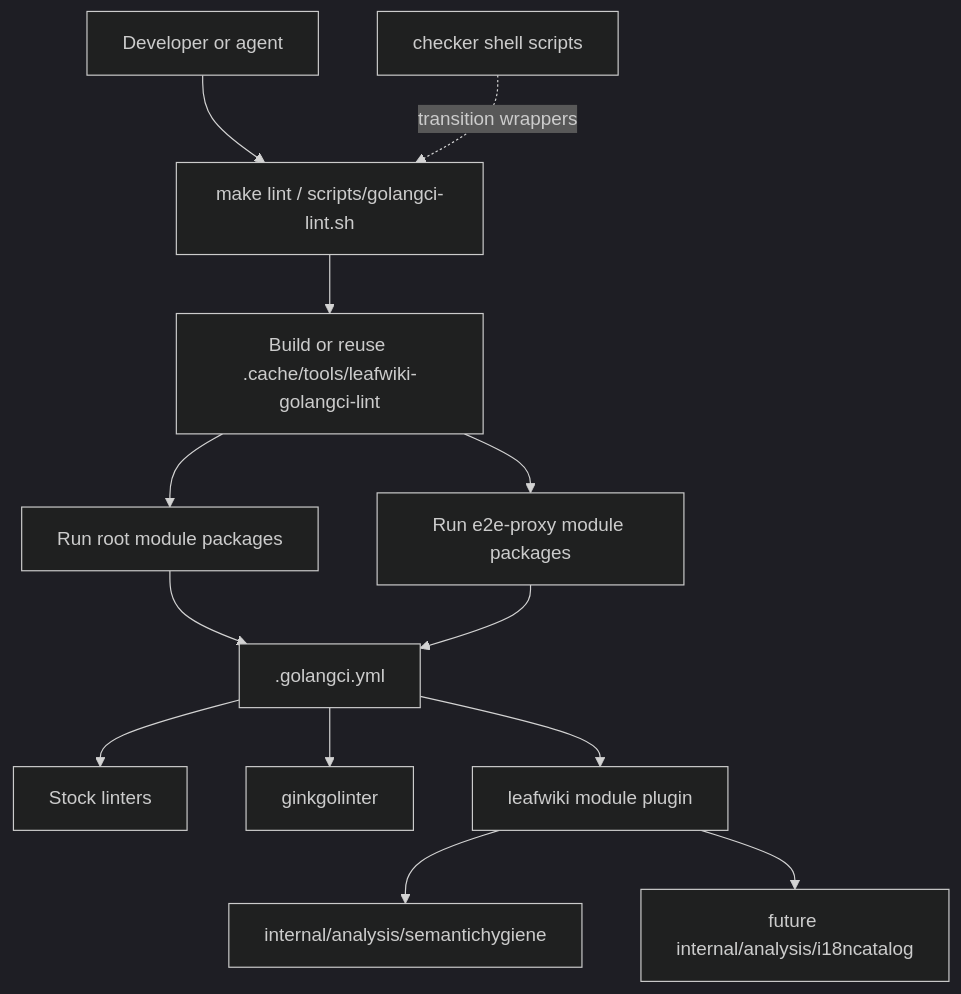
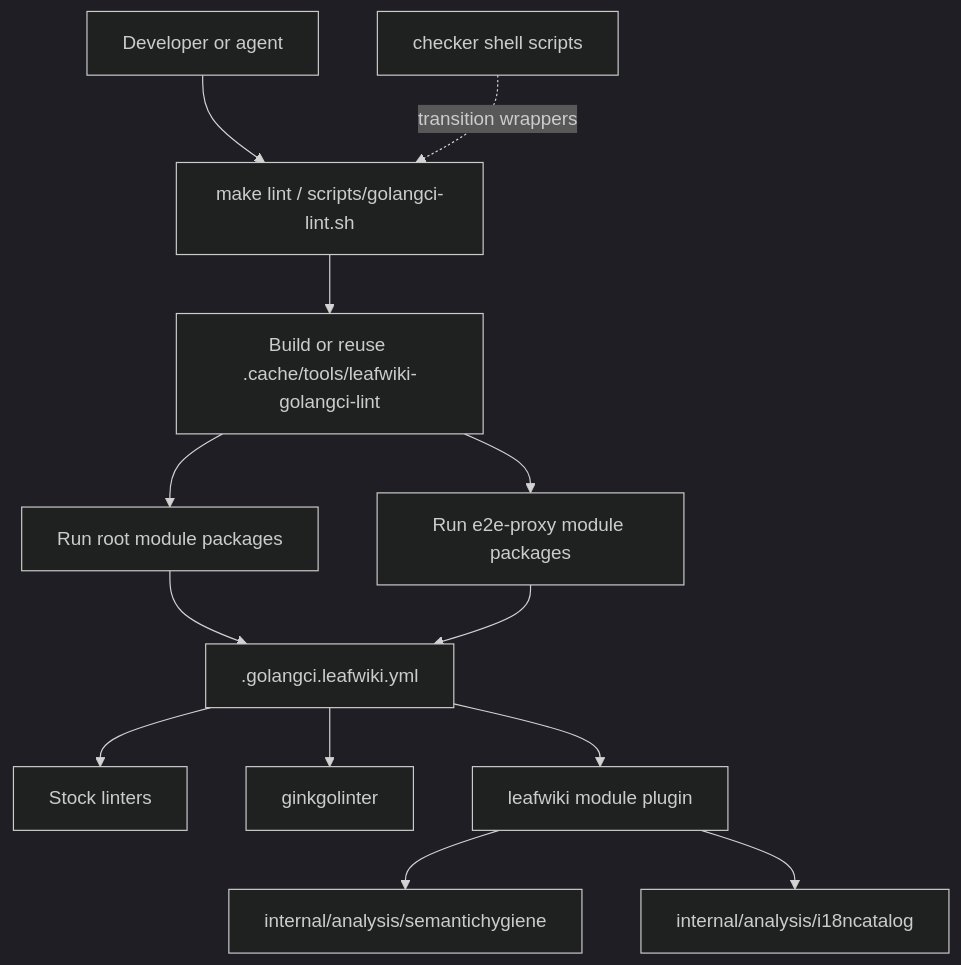
Before and after one commit to jtomanik/leafwiki: the first of 2 diagrams in docs/plans/golangci-lint-local-gate.PLAN.md, drawn with Mermaid (dark theme). The commit also changed other lines of this file and 25 other files, not shown here.

````diff
--- a/docs/plans/golangci-lint-local-gate.PLAN.md
+++ b/docs/plans/golangci-lint-local-gate.PLAN.md
@@ -177,18 +177,18 @@
 ```mermaid
 flowchart TB
   Dev[Developer or agent] --> Entry[make lint / scripts/golangci-lint.sh]
   Entry --> Build[Build or reuse .cache/tools/leafwiki-golangci-lint]
   Build --> RootRun[Run root module packages]
   Build --> ProxyRun[Run e2e-proxy module packages]
 
-  RootRun --> Config[.golangci.yml]
+  RootRun --> Config[.golangci.leafwiki.yml]
   ProxyRun --> Config
   Config --> Stock[Stock linters]
   Config --> Ginkgo[ginkgolinter]
   Config --> Custom[leafwiki module plugin]
 
   Custom --> Semh[internal/analysis/semantichygiene]
-  Custom --> I18n[future internal/analysis/i18ncatalog]
+  Custom --> I18n[internal/analysis/i18ncatalog]
 
   OldScripts[checker shell scripts] -.transition wrappers.-> Entry
 ```
````
